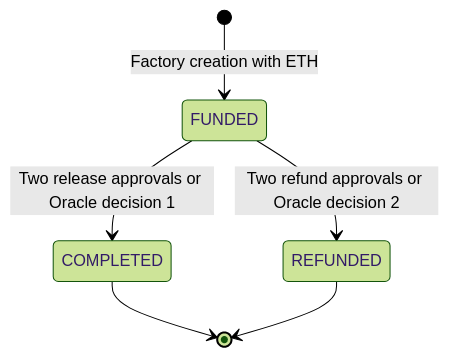
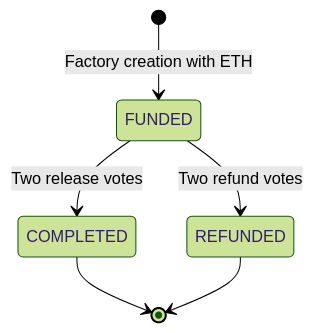
The diagram in docs/architecture.md (Teteration/Escrow-Pilot), drawn with Mermaid (forest theme) before and after one commit. The commit also changed other lines of this file and 8 other files, not shown here.

````diff
--- a/docs/architecture.md
+++ b/docs/architecture.md
@@ -11,8 +11,8 @@
 ```mermaid
 stateDiagram-v2
     [*] --> FUNDED: Factory creation with ETH
-    FUNDED --> COMPLETED: Two release approvals or Oracle decision 1
-    FUNDED --> REFUNDED: Two refund approvals or Oracle decision 2
+    FUNDED --> COMPLETED: Two release votes
+    FUNDED --> REFUNDED: Two refund votes
     COMPLETED --> [*]
     REFUNDED --> [*]
 ```
````
